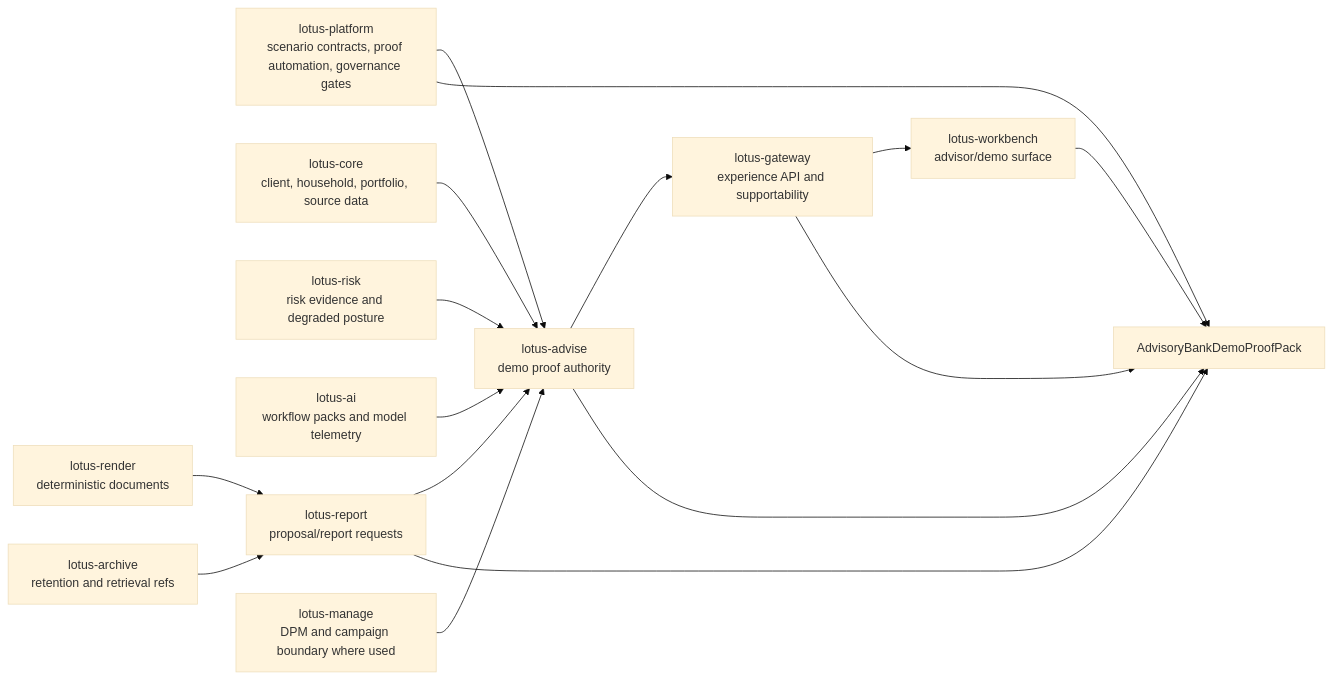
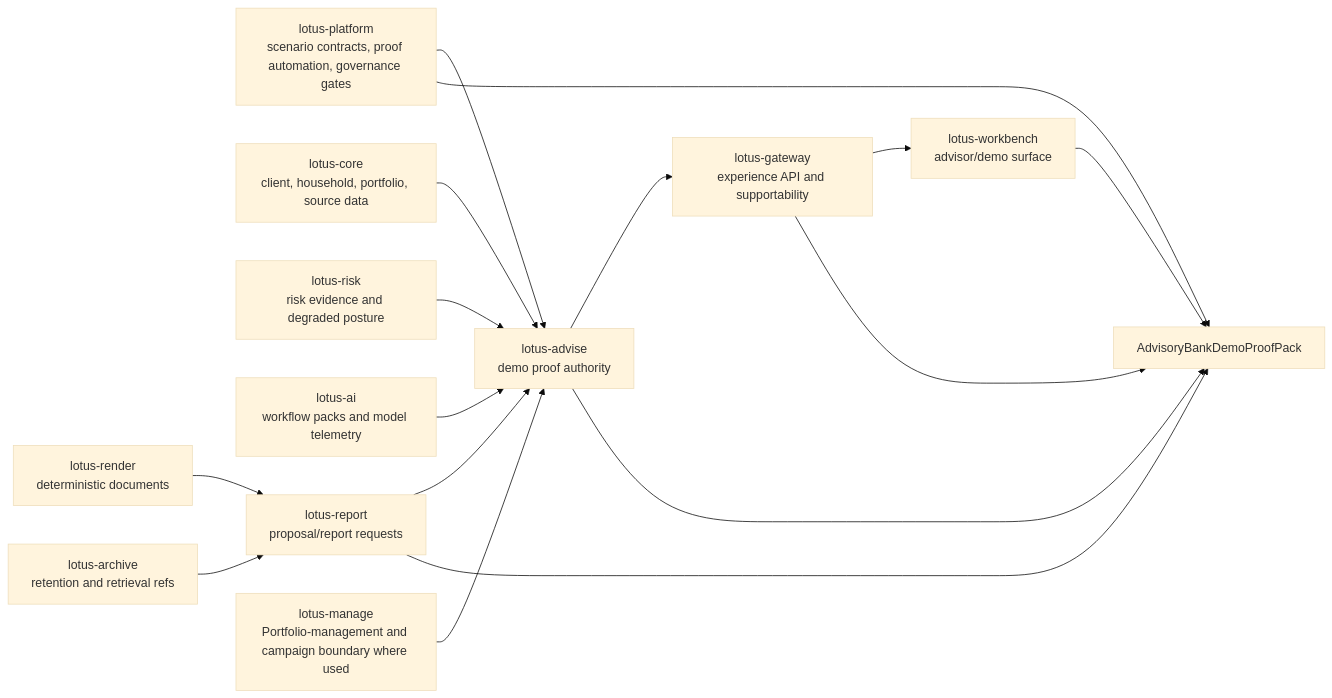
One commit to sgajbi/lotus-advise changed the diagram in docs/rfcs/RFC-0028-bank-demo-journey-and-client-ready-proof.md. Above: the diagram before and after it, drawn with Mermaid (base theme). The commit also changed other lines of this file and 13 other files, not shown here.

Commit message:
docs: refine cockpit portfolio management language

````diff
--- a/docs/rfcs/RFC-0028-bank-demo-journey-and-client-ready-proof.md
+++ b/docs/rfcs/RFC-0028-bank-demo-journey-and-client-ready-proof.md
@@ -377,18 +378,18 @@
 ```mermaid
 flowchart LR
     Platform[lotus-platform<br/>scenario contracts, proof automation, governance gates] --> Advise[lotus-advise<br/>demo proof authority]
     Core[lotus-core<br/>client, household, portfolio, source data] --> Advise
     Risk[lotus-risk<br/>risk evidence and degraded posture] --> Advise
     AI[lotus-ai<br/>workflow packs and model telemetry] --> Advise
     Report[lotus-report<br/>proposal/report requests] --> Advise
     Render[lotus-render<br/>deterministic documents] --> Report
     Archive[lotus-archive<br/>retention and retrieval refs] --> Report
-    Manage[lotus-manage<br/>DPM and campaign boundary where used] --> Advise
+    Manage[lotus-manage<br/>Portfolio-management and campaign boundary where used] --> Advise
     Advise --> Gateway[lotus-gateway<br/>experience API and supportability]
     Gateway --> Workbench[lotus-workbench<br/>advisor/demo surface]
     Advise --> Proof[AdvisoryBankDemoProofPack]
     Gateway --> Proof
     Workbench --> Proof
     Report --> Proof
     Platform --> Proof
 ```
````
